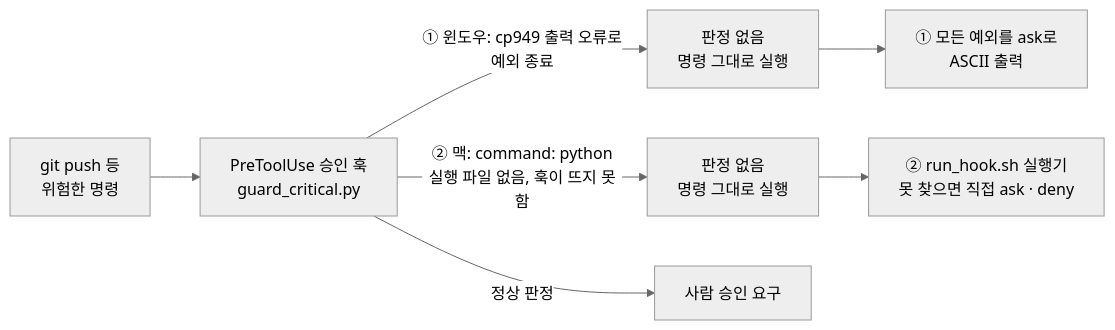
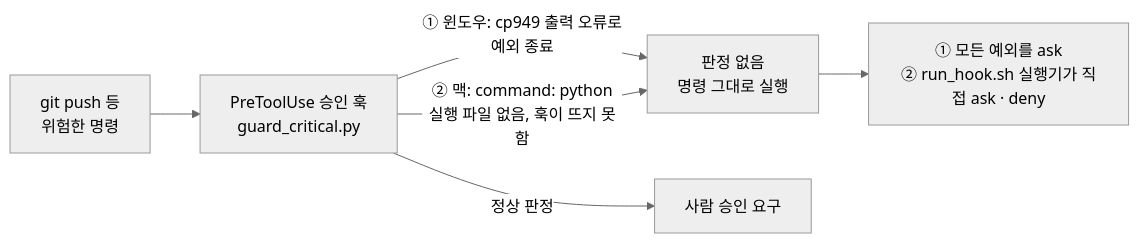
The third of 5 diagrams in README.md (SunWoo1213/broker-agent), drawn with Mermaid (neutral theme) before and after one commit. The commit also changed other lines of this file, not shown here.

````diff
--- a/README.md
+++ b/README.md
@@ -164,9 +110,8 @@
 ```mermaid
 flowchart LR
   C["git push 등<br/>위험한 명령"] --> H["PreToolUse 승인 훅<br/>guard_critical.py"]
-  H -->|"① 윈도우: cp949 출력 오류로<br/>예외 종료"| PASS1["판정 없음<br/>명령 그대로 실행"]
-  H -->|"② 맥: command: python<br/>실행 파일 없음, 훅이 뜨지 못함"| PASS2["판정 없음<br/>명령 그대로 실행"]
+  H -->|"① 윈도우: cp949 출력 오류로<br/>예외 종료"| PASS["판정 없음<br/>명령 그대로 실행"]
+  H -->|"② 맥: command: python<br/>실행 파일 없음, 훅이 뜨지 못함"| PASS
   H -->|정상 판정| ASK["사람 승인 요구"]
-  PASS1 --> FIX1["① 모든 예외를 ask로<br/>ASCII 출력"]
-  PASS2 --> FIX2["② run_hook.sh 실행기<br/>못 찾으면 직접 ask · deny"]
+  PASS --> FIX["① 모든 예외를 ask<br/>② run_hook.sh 실행기가 직접 ask · deny"]
 ```
````
